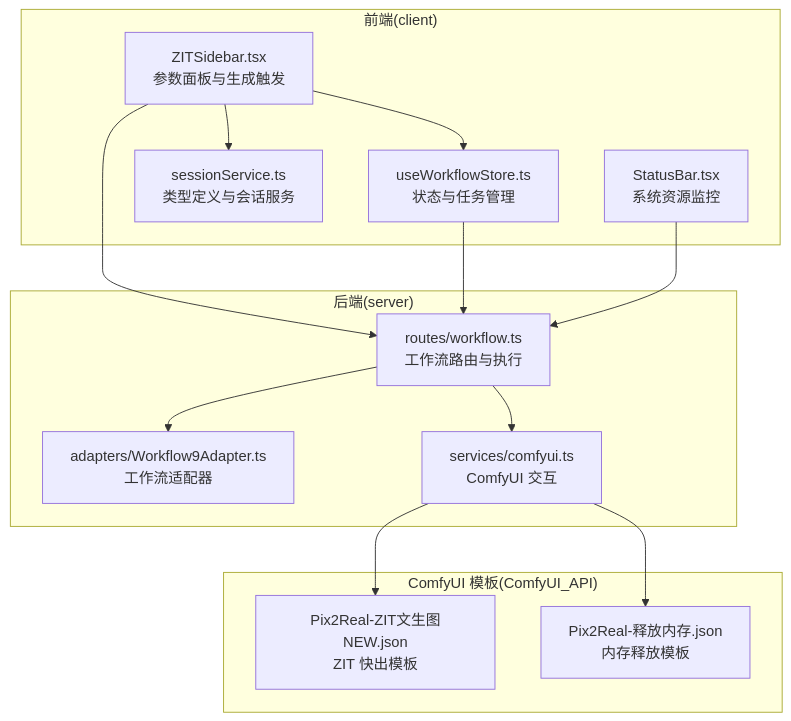
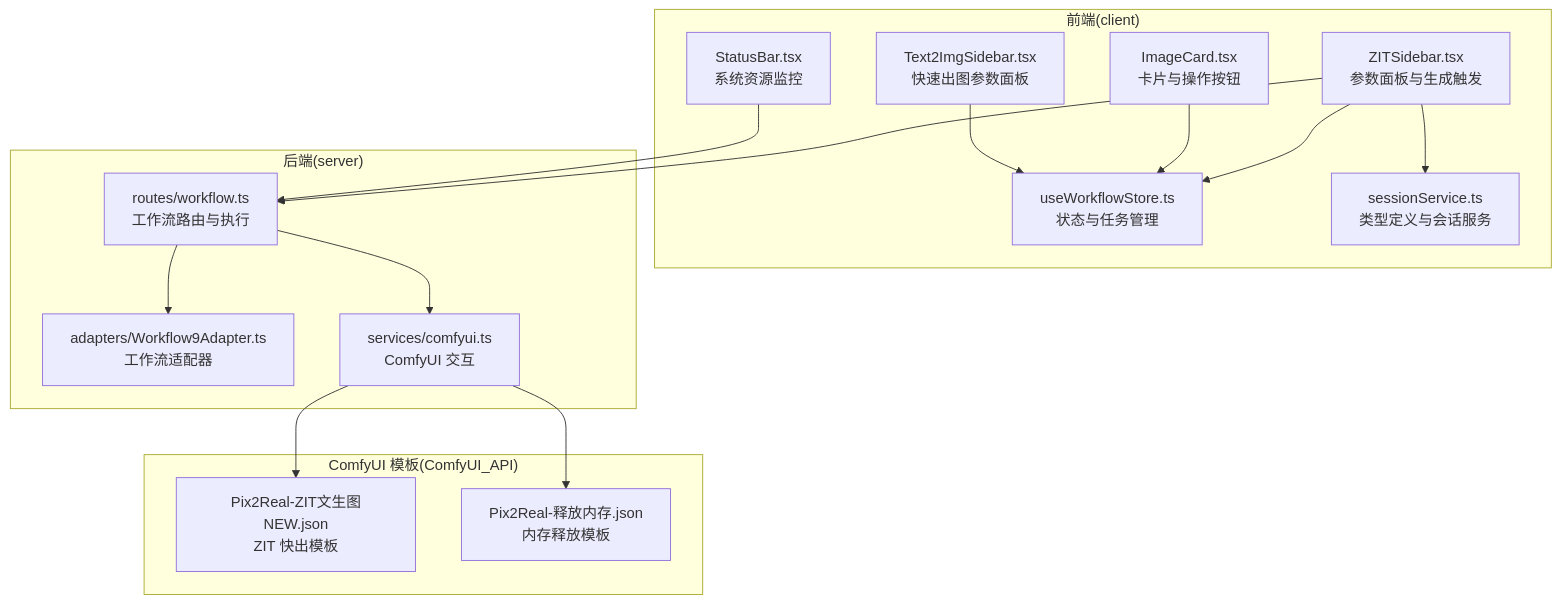
The first of 8 diagrams in .qoder/repowiki/zh/content/专业功能/ZIT 快出.md (billye220670/CorineKit_Pix2Real), drawn with Mermaid before and after one commit. The commit also changed other lines of this file and 49 other files, not shown here.

````diff
--- a/.qoder/repowiki/zh/content/专业功能/ZIT 快出.md
+++ b/.qoder/repowiki/zh/content/专业功能/ZIT 快出.md
@@ -35,27 +47,30 @@
 ```mermaid
 graph TB
 subgraph "前端(client)"
 FE_UI["ZITSidebar.tsx<br/>参数面板与生成触发"]
 FE_STORE["useWorkflowStore.ts<br/>状态与任务管理"]
 FE_TYPES["sessionService.ts<br/>类型定义与会话服务"]
 FE_STATUS["StatusBar.tsx<br/>系统资源监控"]
+FE_CARD["ImageCard.tsx<br/>卡片与操作按钮"]
+FE_TEXT2IMG["Text2ImgSidebar.tsx<br/>快速出图参数面板"]
 end
 subgraph "后端(server)"
 BE_ROUTE["routes/workflow.ts<br/>工作流路由与执行"]
 BE_ADAPTER["adapters/Workflow9Adapter.ts<br/>工作流适配器"]
 BE_COMFY["services/comfyui.ts<br/>ComfyUI 交互"]
 end
 subgraph "ComfyUI 模板(ComfyUI_API)"
 TPL_ZIT["Pix2Real-ZIT文生图NEW.json<br/>ZIT 快出模板"]
 TPL_MEM["Pix2Real-释放内存.json<br/>内存释放模板"]
 end
 FE_UI --> FE_STORE
 FE_UI --> FE_TYPES
 FE_UI --> BE_ROUTE
-FE_STORE --> BE_ROUTE
+FE_CARD --> FE_STORE
+FE_TEXT2IMG --> FE_STORE
 FE_STATUS --> BE_ROUTE
 BE_ROUTE --> BE_ADAPTER
 BE_ROUTE --> BE_COMFY
 BE_COMFY --> TPL_ZIT
 BE_COMFY --> TPL_MEM
 ```
````
